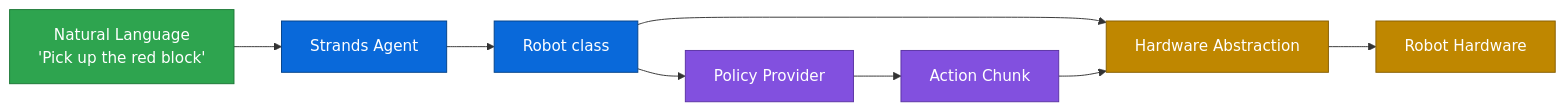
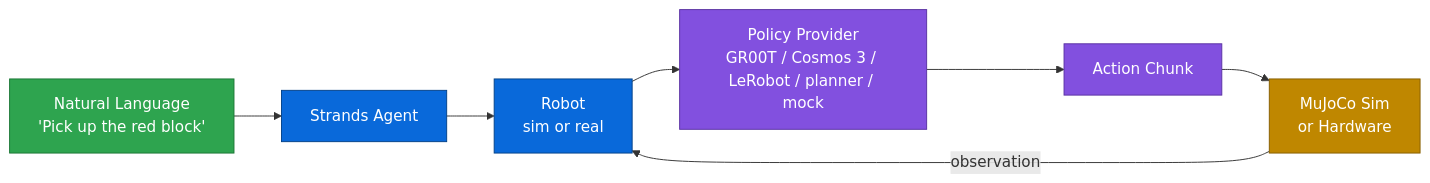
One commit to seniorgreencode/harness-sdk changed the diagram in site/src/content/docs/labs/robots.mdx. Above: the diagram before and after it, drawn with Mermaid. The commit also changed other lines of this file, not shown here.

Commit message:
docs(labs): update Strands Robots page to current Robot() API (#3529)

````diff
--- a/site/src/content/docs/labs/robots.mdx
+++ b/site/src/content/docs/labs/robots.mdx
@@ -55,20 +175,19 @@
 ```mermaid
 graph LR
     A[Natural Language<br/>'Pick up the red block'] --> B[Strands Agent]
-    B --> C[Robot class]
-    C --> D[Policy Provider]
-    C --> E[Hardware Abstraction]
-    D --> F[Action Chunk]
-    F --> E
-    E --> G[Robot Hardware]
+    B --> C[Robot<br/>sim or real]
+    C --> D[Policy Provider<br/>GR00T / Cosmos 3 / LeRobot / planner / mock]
+    D --> E[Action Chunk]
+    E --> F[MuJoCo Sim<br/>or Hardware]
+    F -->|observation| C
 
     classDef input fill:#2ea44f,stroke:#1b7735,color:#fff
     classDef agent fill:#0969da,stroke:#044289,color:#fff
     classDef policy fill:#8250df,stroke:#5a32a3,color:#fff
     classDef hardware fill:#bf8700,stroke:#875e00,color:#fff
 
     class A input
     class B,C agent
-    class D,F policy
-    class E,G hardware
+    class D,E policy
+    class F hardware
 ```
````
